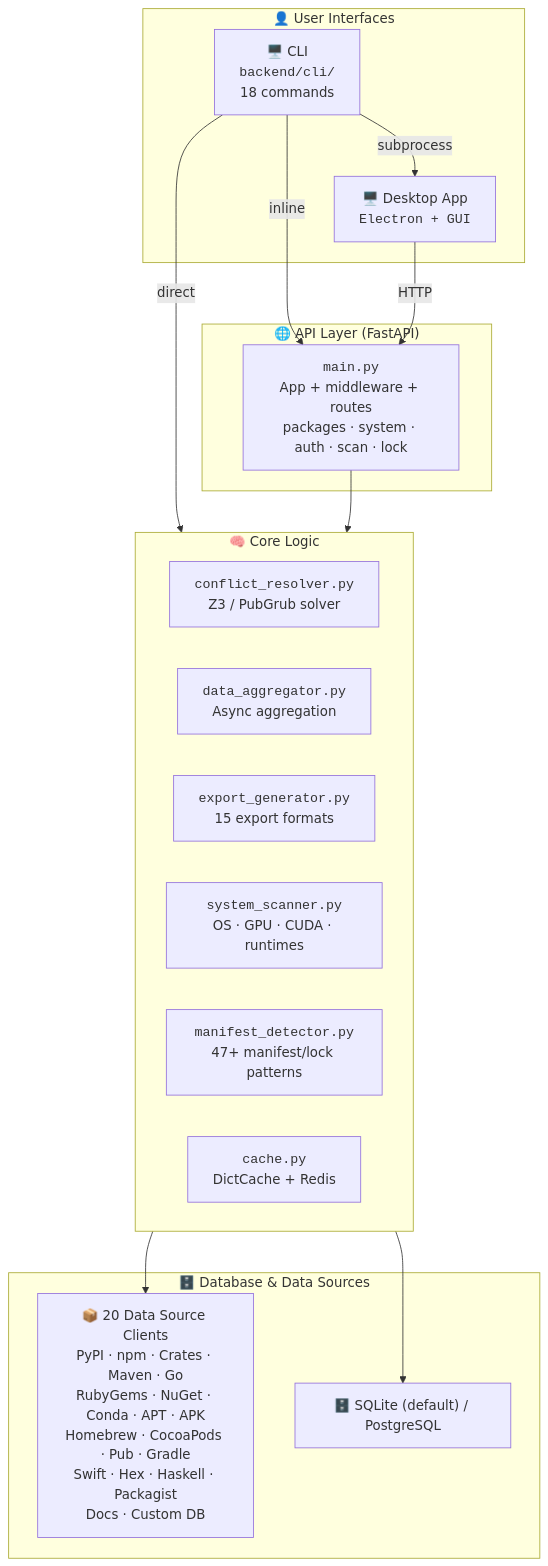
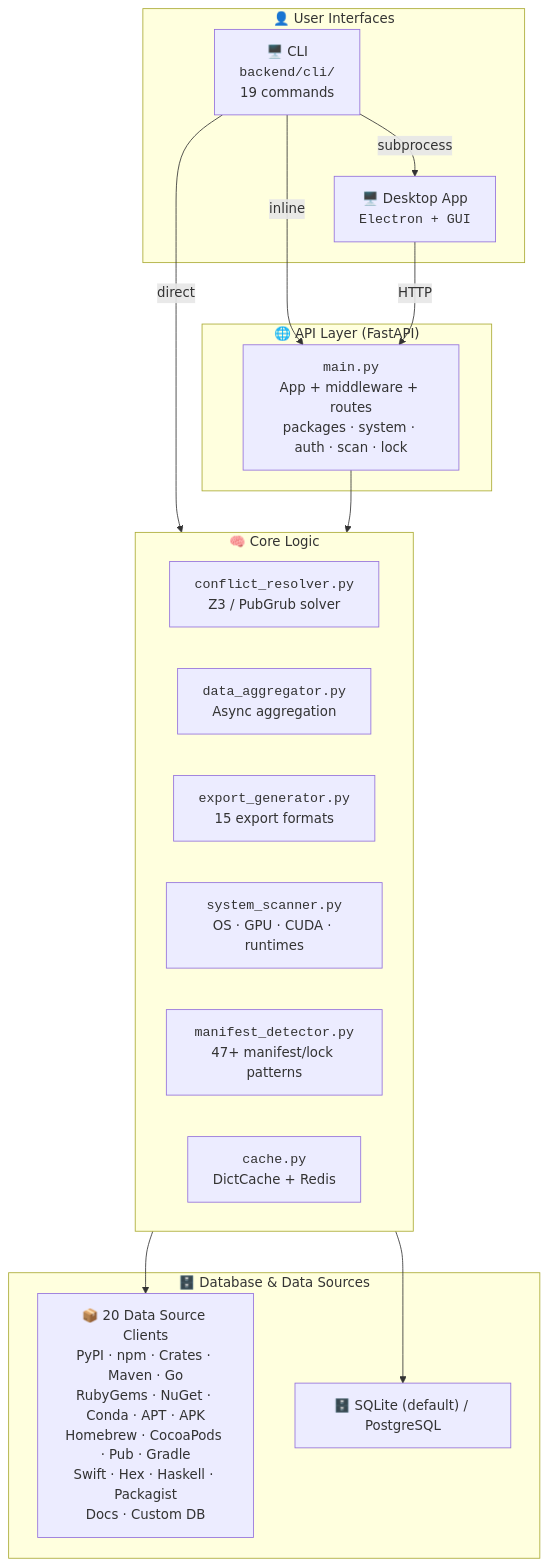
One commit to code-with-zeeshan/universal-dependency-resolver changed the second of 2 diagrams in docs/USER_GUIDE.md. Above: the diagram before and after it, drawn with Mermaid. The commit also changed other lines of this file and 43 other files, not shown here.

Commit message:
Session 2026-07-13 (cont.) — 5 new ecosystems (Vcpkg, Conan, Docker, Helm, Terraform) + D3 graph viz + 2 bug fixes

````diff
--- a/docs/USER_GUIDE.md
+++ b/docs/USER_GUIDE.md
@@ -168,33 +168,33 @@
 ```mermaid
 graph TB
     subgraph UserLayer["👤 User Interfaces"]
-        CLI["🖥️ CLI<br/><code>backend/cli/</code><br/>18 commands"]
+        CLI["🖥️ CLI<br/><code>backend/cli/</code><br/>19 commands"]
         DESKTOP["🖥️ Desktop App<br/><code>Electron + GUI</code>"]
     end
 
     subgraph APILayer["🌐 API Layer (FastAPI)"]
         API["<code>main.py</code><br/>App + middleware + routes<br/>packages · system · auth · scan · lock"]
     end
 
     subgraph CoreLayer["🧠 Core Logic"]
         CR["<code>conflict_resolver.py</code><br/>Z3 / PubGrub solver"]
         DA["<code>data_aggregator.py</code><br/>Async aggregation"]
         EG["<code>export_generator.py</code><br/>15 export formats"]
         SS["<code>system_scanner.py</code><br/>OS · GPU · CUDA · runtimes"]
         MD["<code>manifest_detector.py</code><br/>47+ manifest/lock patterns"]
         CACHE["<code>cache.py</code><br/>DictCache + Redis"]
     end
 
     subgraph DBLayer["🗄️ Database & Data Sources"]
         DS["📦 20 Data Source Clients<br/>PyPI · npm · Crates · Maven · Go<br/>RubyGems · NuGet · Conda · APT · APK<br/>Homebrew · CocoaPods · Pub · Gradle<br/>Swift · Hex · Haskell · Packagist<br/>Docs · Custom DB"]
         DB["🗄️ SQLite (default) / PostgreSQL"]
     end
 
     CLI -->|"inline"| API
     CLI -->|"direct"| CoreLayer
     CLI -->|"subprocess"| DESKTOP
     DESKTOP -->|"HTTP"| API
     API --> CoreLayer
     CoreLayer --> DS
     CoreLayer --> DB
 ```
````
